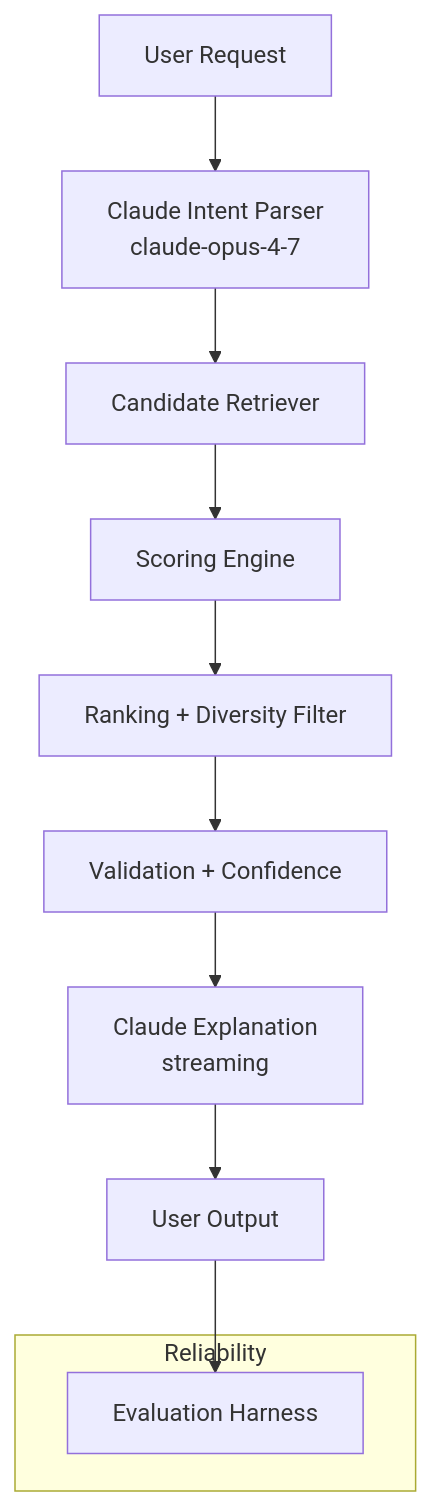
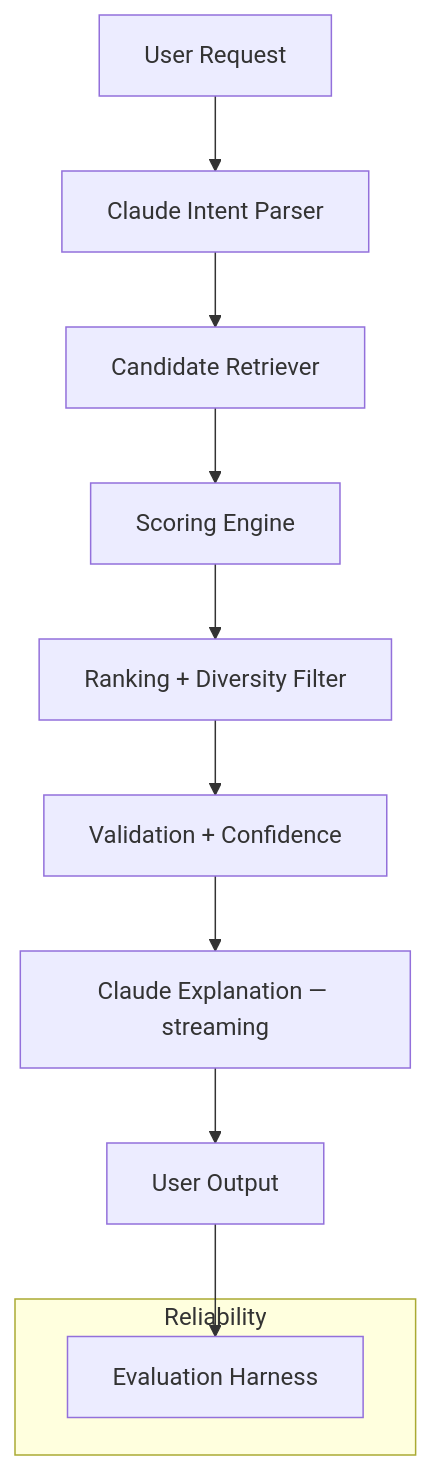
One commit to kneha07/applied-ai-music-system changed the diagram in README.md. Above: the diagram before and after it, drawn with Mermaid. The commit also changed other lines of this file and 14 other files, not shown here.

````diff
--- a/README.md
+++ b/README.md
@@ -73,14 +47,14 @@
 ```mermaid
 flowchart TD
-    A[User Request] --> B[Claude Intent Parser\nclaude-opus-4-7]
+    A[User Request] --> B[Claude Intent Parser]
     B --> C[Candidate Retriever]
     C --> D[Scoring Engine]
     D --> E[Ranking + Diversity Filter]
     E --> F[Validation + Confidence]
-    F --> G[Claude Explanation\nstreaming]
+    F --> G[Claude Explanation — streaming]
     G --> H[User Output]
     subgraph Reliability
       I[Evaluation Harness]
     end
     H --> I
 ```
````
